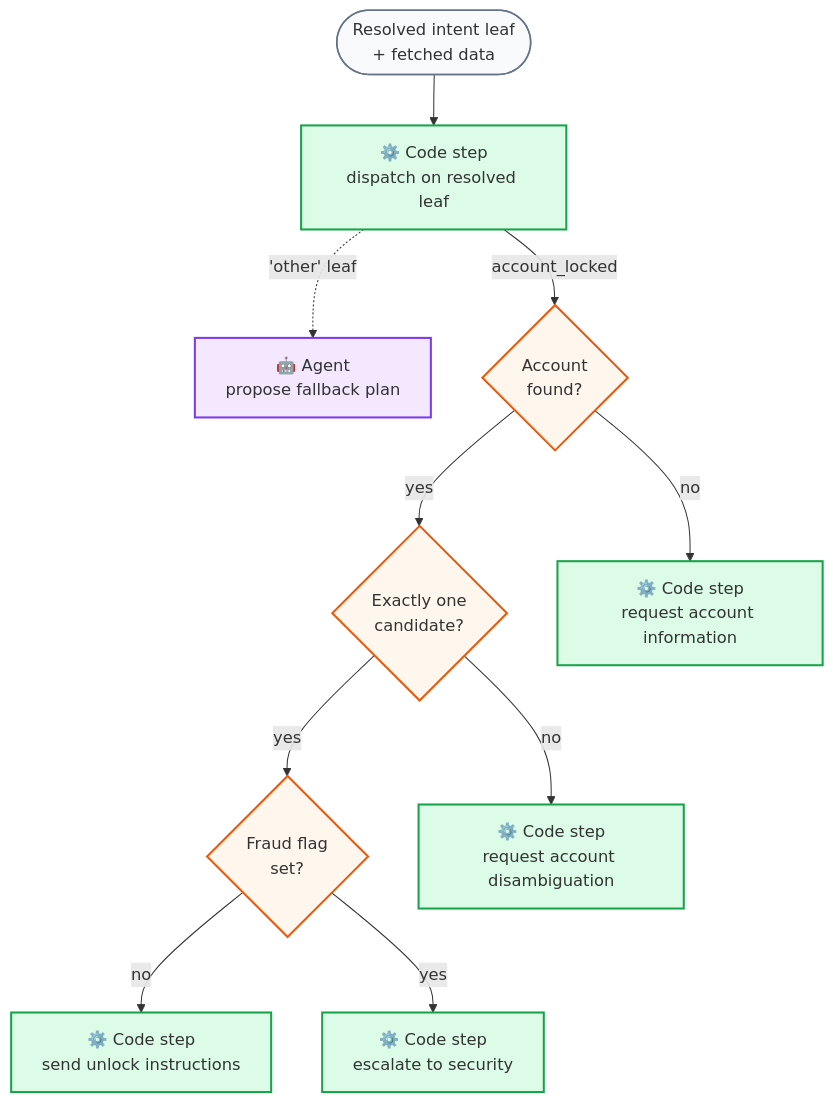
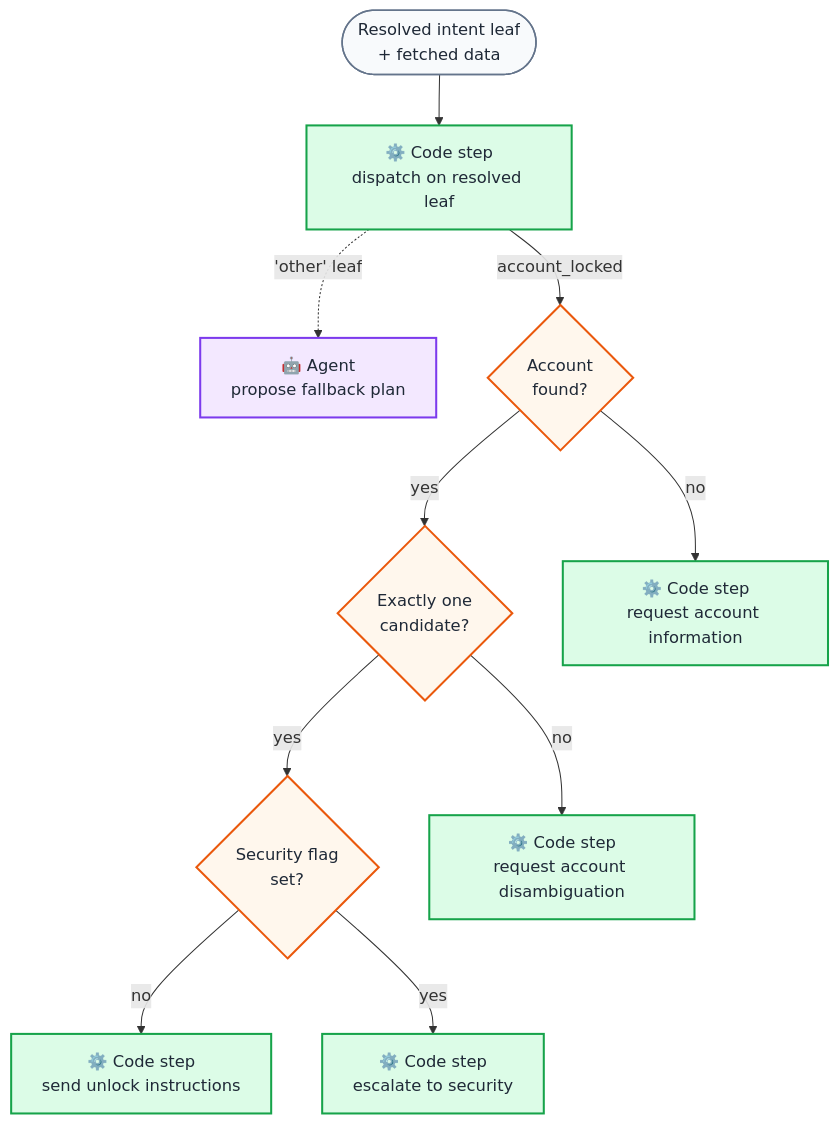
The fifth of 5 diagrams in src/content/blog/first-level-support-automation.mdx (FridljDa/FridljDa.github.io), drawn with Mermaid before and after one commit. The commit also changed other lines of this file and 32 other files, not shown here.

````diff
--- a/src/content/blog/first-level-support-automation.mdx
+++ b/src/content/blog/first-level-support-automation.mdx
@@ -217,32 +220,32 @@
 ```mermaid
 flowchart TD
     ROOT(["Resolved intent leaf<br/>+ fetched data"])
     C1["⚙️ Code step<br/>dispatch on resolved leaf"]
     A1["🤖 Agent<br/>propose fallback plan"]
     D1{"Account<br/>found?"}
     D2{"Exactly one<br/>candidate?"}
-    D3{"Fraud flag<br/>set?"}
+    D3{"Security flag<br/>set?"}
     C2["⚙️ Code step<br/>request account information"]
     C3["⚙️ Code step<br/>request account disambiguation"]
     C4["⚙️ Code step<br/>send unlock instructions"]
     C5["⚙️ Code step<br/>escalate to security"]
 
     ROOT --> C1
     C1 -.->|"'other' leaf"| A1
     C1 -->|"account_locked"| D1
     D1 -->|"no"| C2
     D1 -->|"yes"| D2
     D2 -->|"no"| C3
     D2 -->|"yes"| D3
     D3 -->|"no"| C4
     D3 -->|"yes"| C5
 
-    classDef agent fill:#f3e8ff,stroke:#7c3aed,stroke-width:2px
-    classDef code fill:#dcfce7,stroke:#16a34a,stroke-width:2px
-    classDef decision fill:#fff7ed,stroke:#ea580c,stroke-width:2px
-    classDef terminal fill:#f8fafc,stroke:#64748b,stroke-width:1.5px
+    classDef agent fill:#f3e8ff,stroke:#7c3aed,stroke-width:2px,color:#1f2937
+    classDef code fill:#dcfce7,stroke:#16a34a,stroke-width:2px,color:#1f2937
+    classDef decision fill:#fff7ed,stroke:#ea580c,stroke-width:2px,color:#1f2937
+    classDef terminal fill:#f8fafc,stroke:#64748b,stroke-width:1.5px,color:#1f2937
     class A1 agent
     class C1,C2,C3,C4,C5 code
     class D1,D2,D3 decision
     class ROOT terminal
 ```
````
